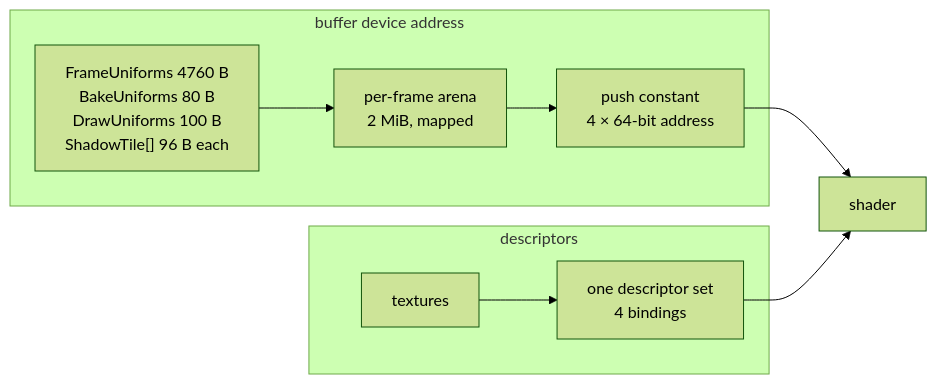
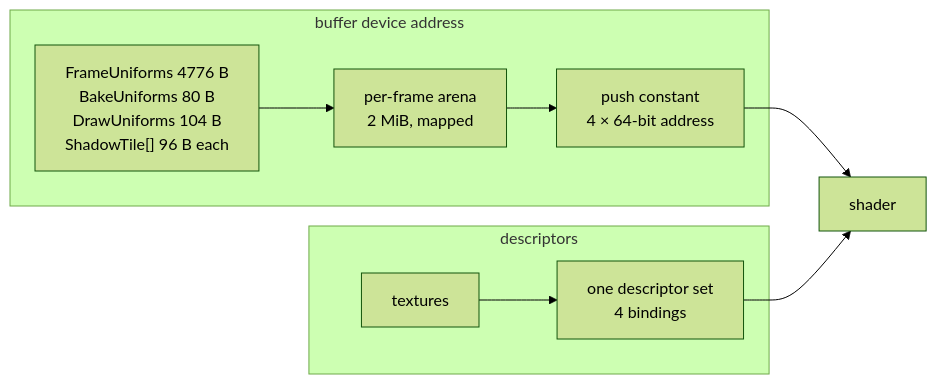
One commit to Zephyr75/overdrive changed the diagram in notes/RENDERER.md. Above: the diagram before and after it, drawn with Mermaid (forest theme). The commit also changed other lines of this file and 47 other files, not shown here.

````diff
--- a/notes/RENDERER.md
+++ b/notes/RENDERER.md
@@ -53,12 +53,12 @@
 ```mermaid
 graph LR
     subgraph BDA["buffer device address"]
-        U["FrameUniforms 4760 B<br/>BakeUniforms 80 B<br/>DrawUniforms 100 B<br/>ShadowTile[] 96 B each"] --> RG["per-frame arena<br/>2 MiB, mapped"]
+        U["FrameUniforms 4776 B<br/>BakeUniforms 80 B<br/>DrawUniforms 104 B<br/>ShadowTile[] 96 B each"] --> RG["per-frame arena<br/>2 MiB, mapped"]
         RG --> PC["push constant<br/>4 × 64-bit address"]
     end
     subgraph DESC["descriptors"]
         T["textures"] --> DS["one descriptor set<br/>4 bindings"]
     end
     PC --> SH["shader"]
     DS --> SH
 ```
````
